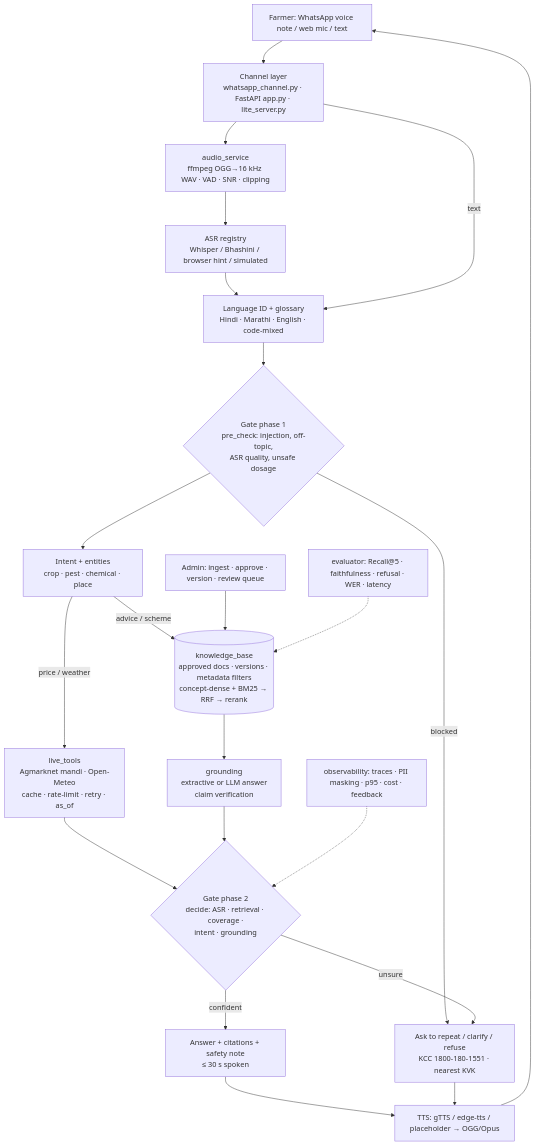
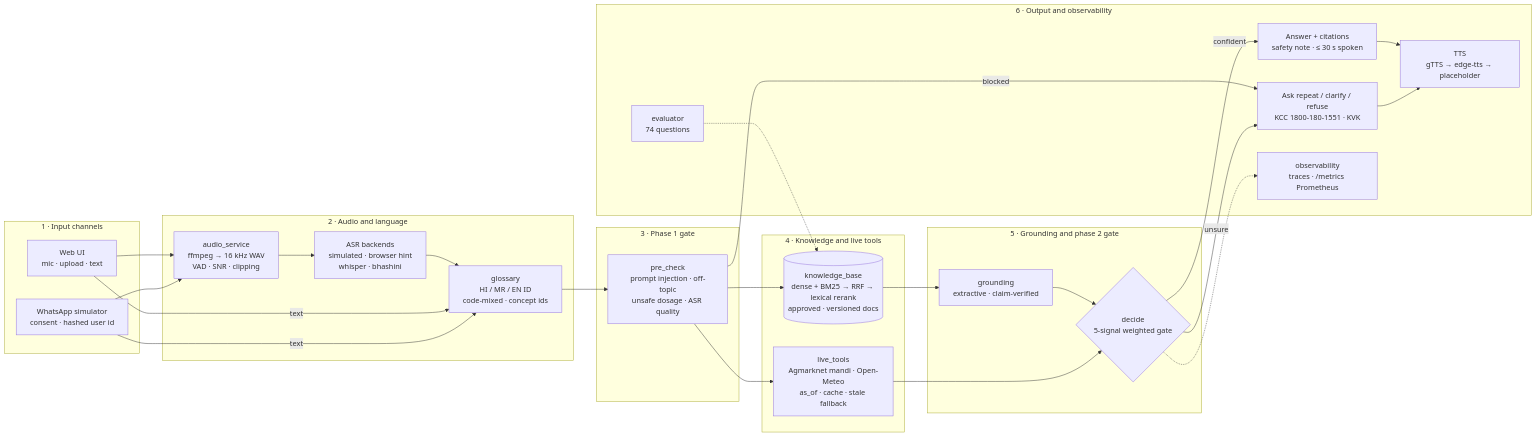
The diagram in README.md (yash-D-Dalavi/kisan-vani-agri-assistant), drawn with Mermaid before and after one commit. The commit also changed other lines of this file, not shown here.

Commit message:
Upgrade README.md with polished layout and compact architecture diagram

````diff
--- a/README.md
+++ b/README.md
@@ -9,24 +61,45 @@
 ```mermaid
-flowchart TD
-    F[Farmer: WhatsApp voice note / web mic / text] --> CH[Channel layer<br/>whatsapp_channel.py · FastAPI app.py · lite_server.py]
-    CH --> AU[audio_service<br/>ffmpeg OGG→16 kHz WAV · VAD · SNR · clipping]
-    AU --> ASR[ASR registry<br/>Whisper / Bhashini / browser hint / simulated]
-    ASR --> LID[Language ID + glossary<br/>Hindi · Marathi · English · code-mixed]
-    CH -->|text| LID
-    LID --> PRE{Gate phase 1<br/>pre_check: injection, off-topic,<br/>ASR quality, unsafe dosage}
-    PRE -->|blocked| REF
-    PRE --> INT[Intent + entities<br/>crop · pest · chemical · place]
-    INT -->|price / weather| TOOLS[live_tools<br/>Agmarknet mandi · Open-Meteo<br/>cache · rate-limit · retry · as_of]
-    INT -->|advice / scheme| KB[(knowledge_base<br/>approved docs · versions · metadata filters<br/>concept-dense + BM25 → RRF → rerank)]
-    KB --> GEN[grounding<br/>extractive or LLM answer<br/>claim verification]
-    TOOLS --> GATE
-    GEN --> GATE{Gate phase 2<br/>decide: ASR · retrieval · coverage ·<br/>intent · grounding}
-    GATE -->|confident| ANS[Answer + citations + safety note<br/>≤ 30 s spoken]
-    GATE -->|unsure| REF[Ask to repeat / clarify / refuse<br/>KCC 1800-180-1551 · nearest KVK]
-    ANS --> TTS[TTS: gTTS / edge-tts / placeholder → OGG/Opus]
-    REF --> TTS
-    TTS --> F
-    ADM[Admin: ingest · approve · version · review queue] --> KB
-    OBS[observability: traces · PII masking · p95 · cost · feedback] -.-> GATE
-    EV[evaluator: Recall@5 · faithfulness · refusal · WER · latency] -.-> KB
+flowchart LR
+  subgraph IN["1 · Input channels"]
+    W["Web UI<br/>mic · upload · text"]
+    WA["WhatsApp simulator<br/>consent · hashed user id"]
+  end
+  subgraph AL["2 · Audio and language"]
+    AU["audio_service<br/>ffmpeg → 16 kHz WAV<br/>VAD · SNR · clipping"]
+    ASR["ASR backends<br/>simulated · browser hint<br/>whisper · bhashini"]
+    LG["glossary<br/>HI / MR / EN ID<br/>code-mixed · concept ids"]
+  end
+  subgraph G1["3 · Phase 1 gate"]
+    PRE["pre_check<br/>prompt injection · off-topic<br/>unsafe dosage · ASR quality"]
+  end
+  subgraph KT["4 · Knowledge and live tools"]
+    KB[("knowledge_base<br/>dense + BM25 → RRF → lexical rerank<br/>approved · versioned docs")]
+    LT["live_tools<br/>Agmarknet mandi · Open-Meteo<br/>as_of · cache · stale fallback"]
+  end
+  subgraph G2["5 · Grounding and phase 2 gate"]
+    GR["grounding<br/>extractive · claim-verified"]
+    DEC{"decide<br/>5-signal weighted gate"}
+  end
+  subgraph OUT["6 · Output and observability"]
+    ANS["Answer + citations<br/>safety note · ≤ 30 s spoken"]
+    REF["Ask repeat / clarify / refuse<br/>KCC 1800-180-1551 · KVK"]
+    TTS["TTS<br/>gTTS → edge-tts → placeholder"]
+    OBS["observability<br/>traces · /metrics Prometheus"]
+    EV["evaluator<br/>74 questions"]
+  end
+  W --> AU
+  WA --> AU
+  AU --> ASR --> LG
+  W -- text --> LG
+  WA -- text --> LG
+  LG --> PRE
+  PRE -- blocked --> REF
+  PRE --> KB
+  PRE --> LT
+  KB --> GR --> DEC
+  LT --> DEC
+  DEC -- confident --> ANS --> TTS
+  DEC -- unsure --> REF --> TTS
+  DEC -.-> OBS
+  EV -.-> KB
 ```
````
